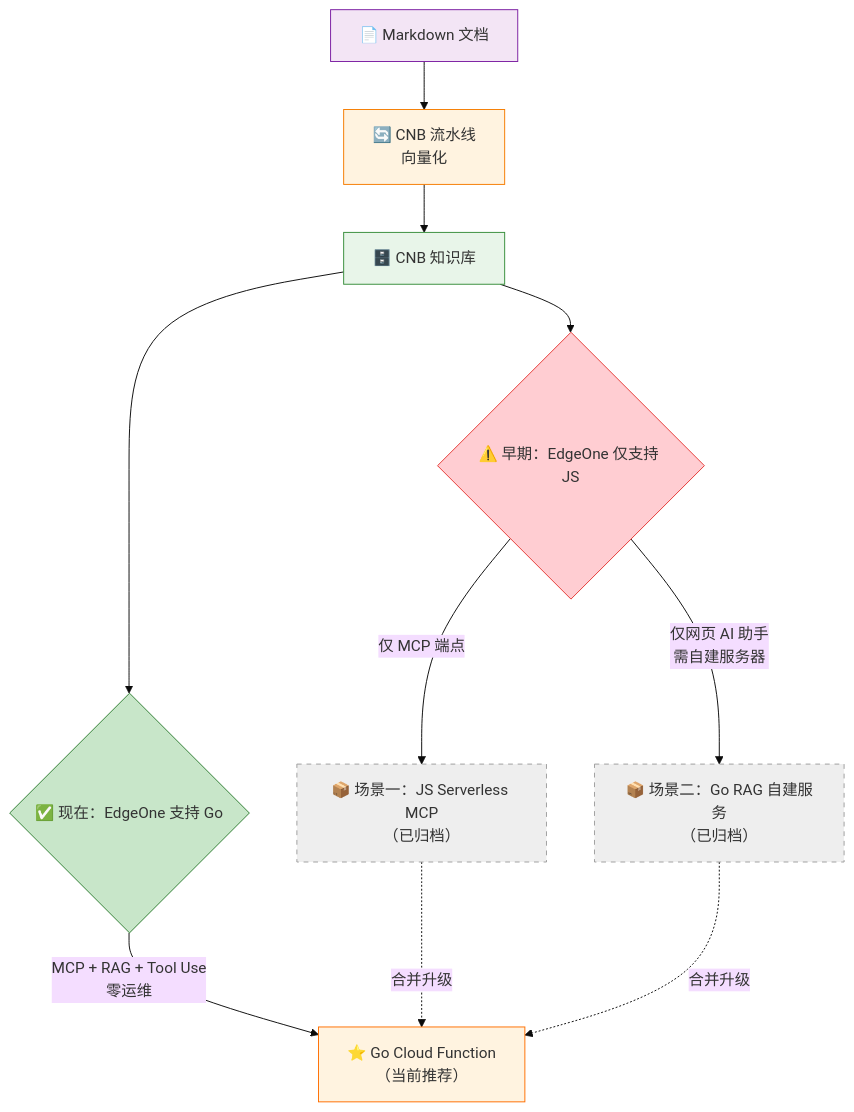
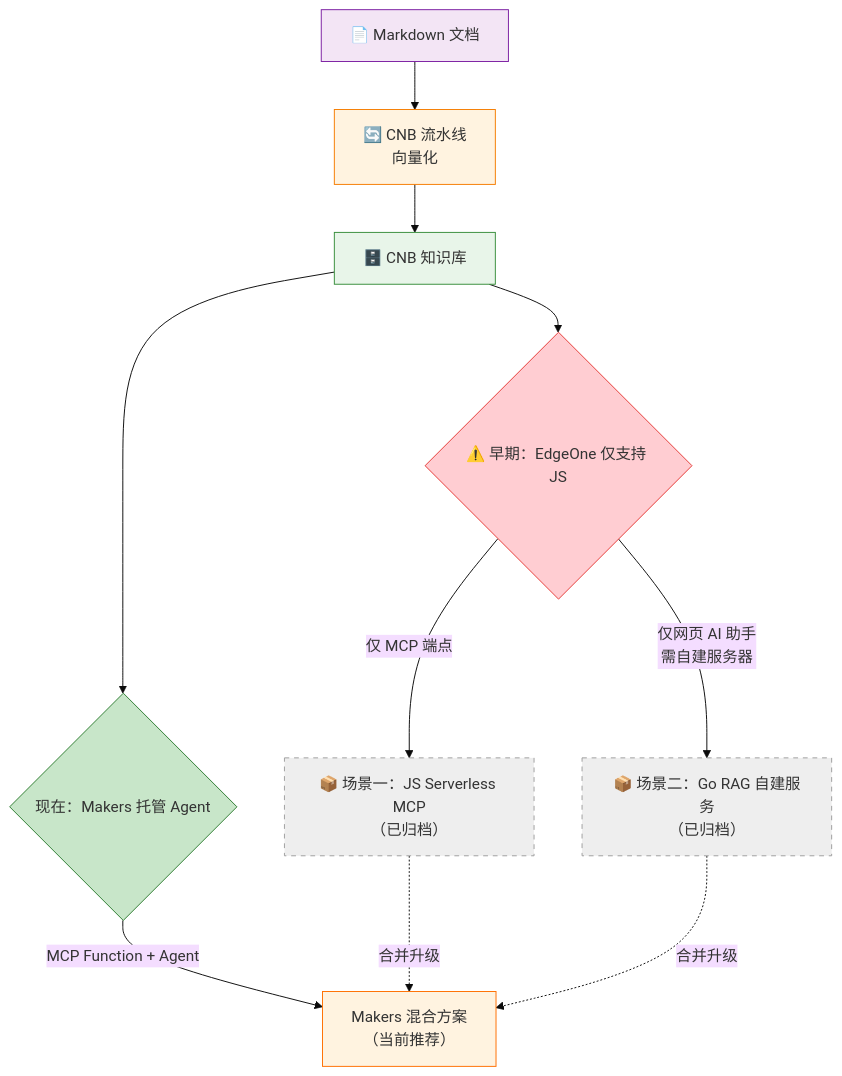
Before and after one commit to Mintimate/vector-mcp-edge: the diagram in features/solutions.md, drawn with Mermaid (base theme). The commit also changed other lines of this file and 21 other files, not shown here.

Commit message:
docs: 更新 EdgeOne Makers Agent 架构说明

````diff
--- a/features/solutions.md
+++ b/features/solutions.md
@@ -16,24 +16,24 @@
 ```mermaid
 flowchart TD
     K["📄 Markdown 文档"] --> V["🔄 CNB 流水线<br/>向量化"]
     V --> DB["🗄️ CNB 知识库"]
 
     DB --> OLD{"⚠️ 早期：EdgeOne 仅支持 JS"}
     OLD -->|仅 MCP 端点| A["📦 场景一：JS Serverless MCP<br/>（已归档）"]
     OLD -->|仅网页 AI 助手<br/>需自建服务器| B["📦 场景二：Go RAG 自建服务<br/>（已归档）"]
 
-    DB --> NEW{"✅ 现在：EdgeOne 支持 Go"}
-    NEW -->|MCP + RAG + Tool Use<br/>零运维| C["⭐ Go Cloud Function<br/>（当前推荐）"]
+    DB --> NEW{"现在：Makers 托管 Agent"}
+    NEW -->|MCP Function + Agent| C["Makers 混合方案<br/>（当前推荐）"]
 
     A -.->|合并升级| C
     B -.->|合并升级| C
 
     style K fill:#f3e5f5,stroke:#7b1fa2
     style V fill:#fff3e0,stroke:#f57c00
     style DB fill:#e8f5e9,stroke:#388e3c
     style OLD fill:#ffcdd2,stroke:#e53935
     style NEW fill:#c8e6c9,stroke:#2e7d32
     style A fill:#eeeeee,stroke:#9e9e9e,stroke-dasharray: 5 5
     style B fill:#eeeeee,stroke:#9e9e9e,stroke-dasharray: 5 5
     style C fill:#fff3e0,stroke:#ff6f00
 ```
````
